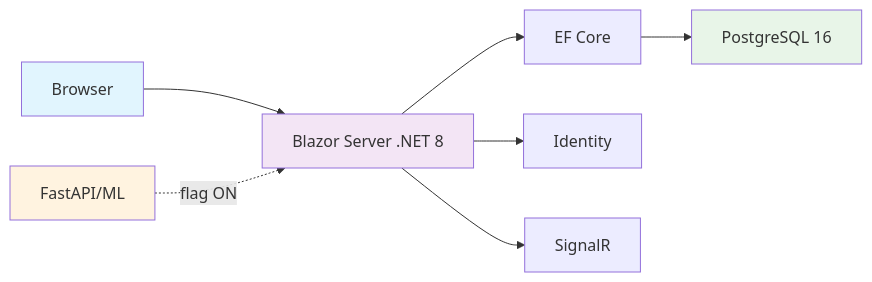
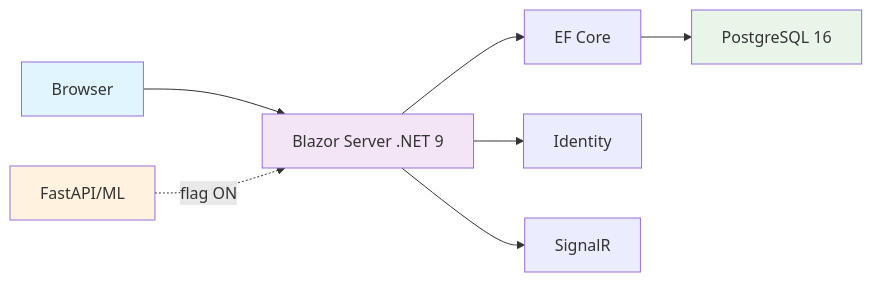
The diagram in README.md (riccardomerenda/BudgetPilot), drawn with Mermaid before and after one commit. The commit also changed other lines of this file, not shown here.

First line of the commit message:
docs: update README for .NET 9 and fix project structure

````diff
--- a/README.md
+++ b/README.md
@@ -57,15 +57,15 @@
 ```mermaid
 graph LR
-    A[Browser] --> B[Blazor Server .NET 8]
+    A[Browser] --> B[Blazor Server .NET 9]
     B --> C[EF Core]
     C --> D[PostgreSQL 16]
     B --> E[Identity]
     B --> F[SignalR]
     
     G[FastAPI/ML] -.->|flag ON| B
     
     style A fill:#e1f5fe
     style B fill:#f3e5f5
     style D fill:#e8f5e8
     style G fill:#fff3e0
 ```
````
